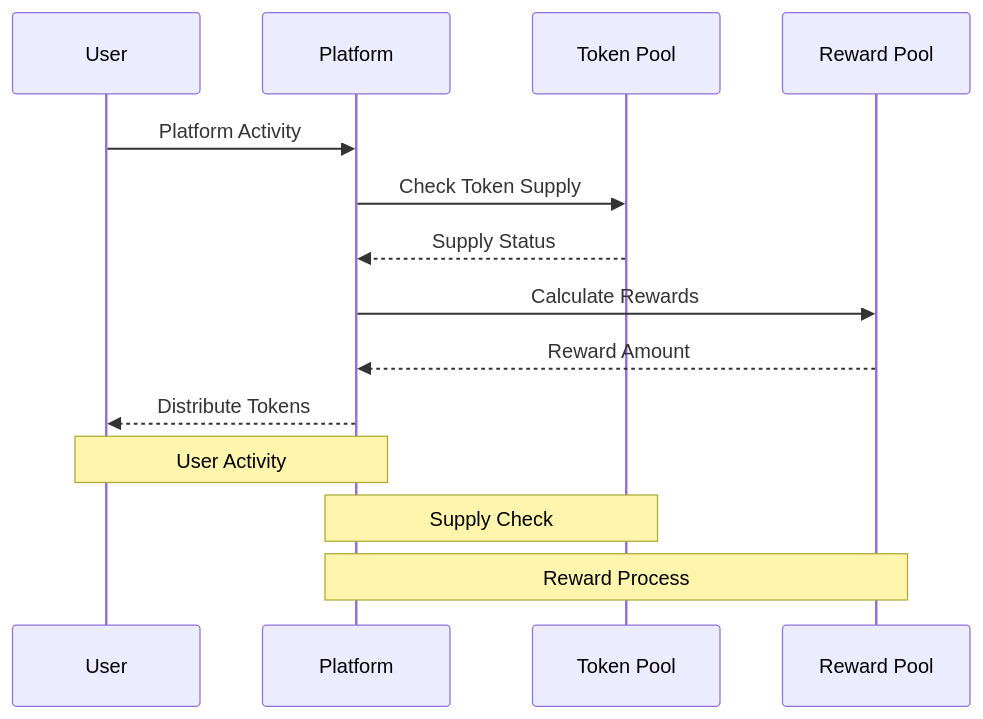
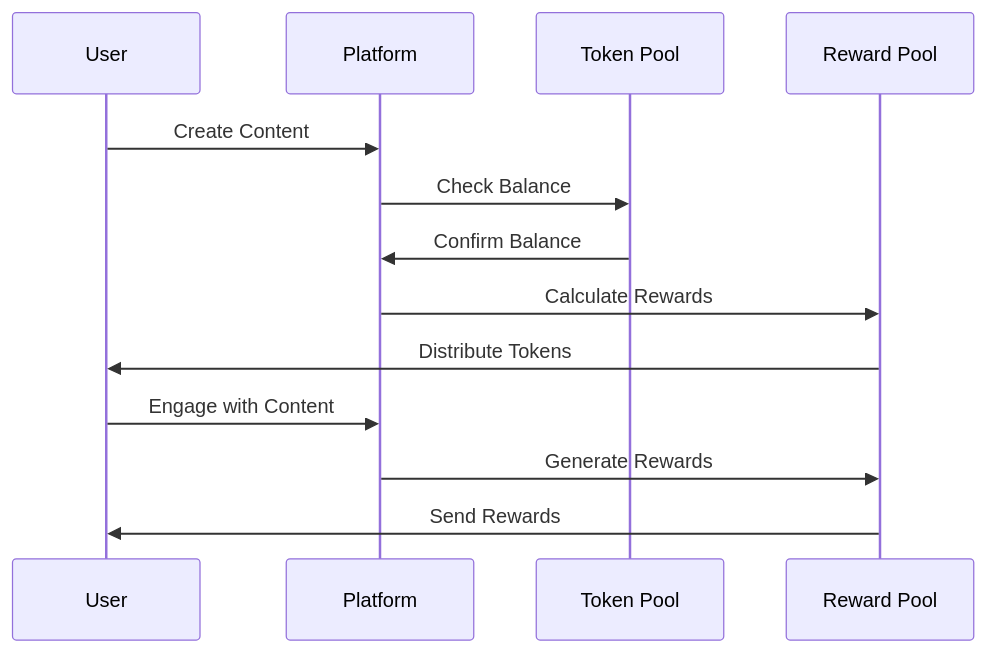
The third of 8 diagrams in docs/whitepaper/token-economics.md (MEMEFANS/memefans), drawn with Mermaid before and after one commit. The commit also changed other lines of this file and 32 other files, not shown here.

```diff
--- a/docs/whitepaper/token-economics.md
+++ b/docs/whitepaper/token-economics.md
@@ -181,18 +119,16 @@
 <div class="mermaid">
 sequenceDiagram
     participant U as User
     participant P as Platform
     participant T as Token Pool
     participant R as Reward Pool
-    
-    U->>P: Platform Activity
-    P->>T: Check Token Supply
-    T-->>P: Supply Status
+
+    U->>P: Create Content
+    P->>T: Check Balance
+    T->>P: Confirm Balance
     P->>R: Calculate Rewards
-    R-->>P: Reward Amount
-    P-->>U: Distribute Tokens
-    
-    Note over U,P: User Activity
-    Note over P,T: Supply Check
-    Note over P,R: Reward Process
+    R->>U: Distribute Tokens
+    U->>P: Engage with Content
+    P->>R: Generate Rewards
+    R->>U: Send Rewards
 </div>
```
